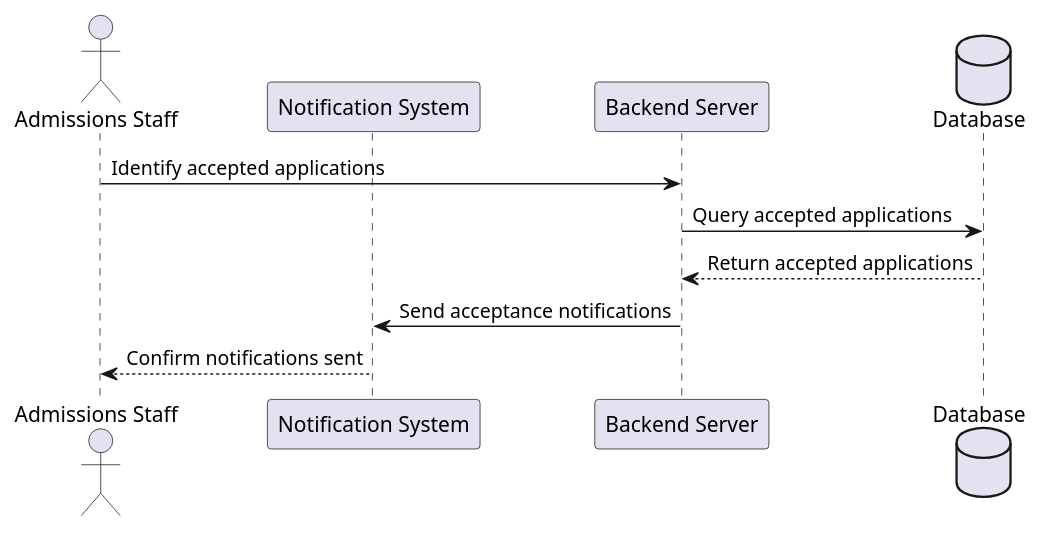
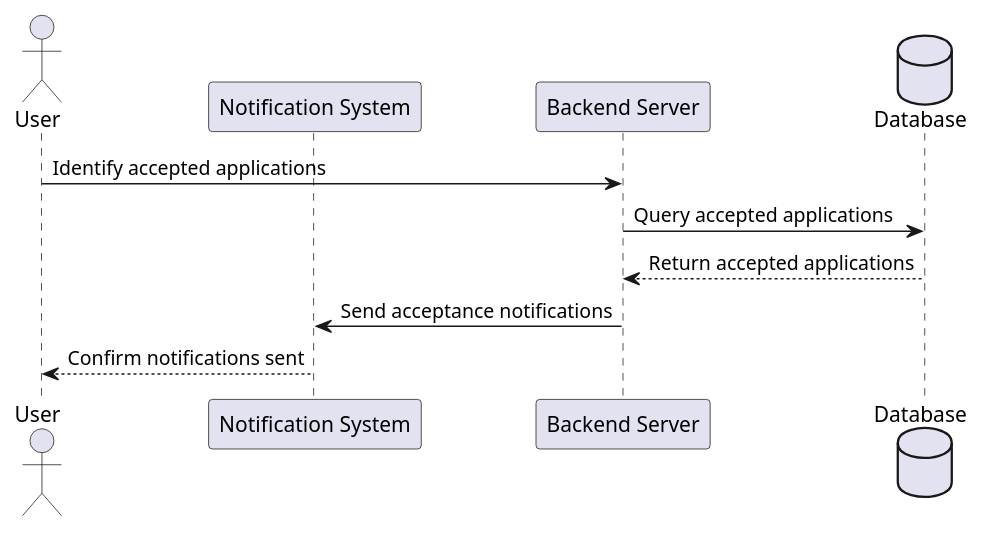
One commit to iamSlightlyWind/Legacy changed the diagram in SWD392/sequence_diagrams/acceptance_notification.puml. Above: the diagram before and after it, drawn with PlantUML. The commit also changed 15 other files, not shown here.

```diff
--- a/SWD392/sequence_diagrams/acceptance_notification.puml
+++ b/SWD392/sequence_diagrams/acceptance_notification.puml
@@ -2,12 +2,12 @@
 @startuml
-actor "Admissions Staff" as Staff
+actor "User" as Staff
 participant "Notification System" as NotificationSystem
 participant "Backend Server" as BackendServer
 database Database
 
 Staff -> BackendServer: Identify accepted applications
 BackendServer -> Database: Query accepted applications
 Database --> BackendServer: Return accepted applications
 BackendServer -> NotificationSystem: Send acceptance notifications
 NotificationSystem --> Staff: Confirm notifications sent
 @enduml
```
